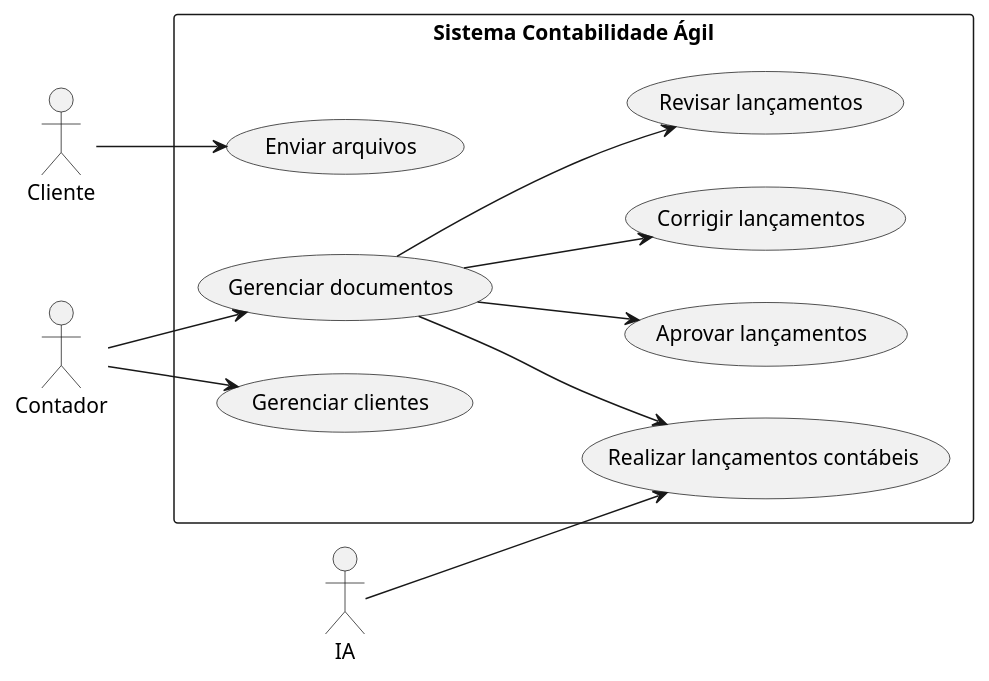
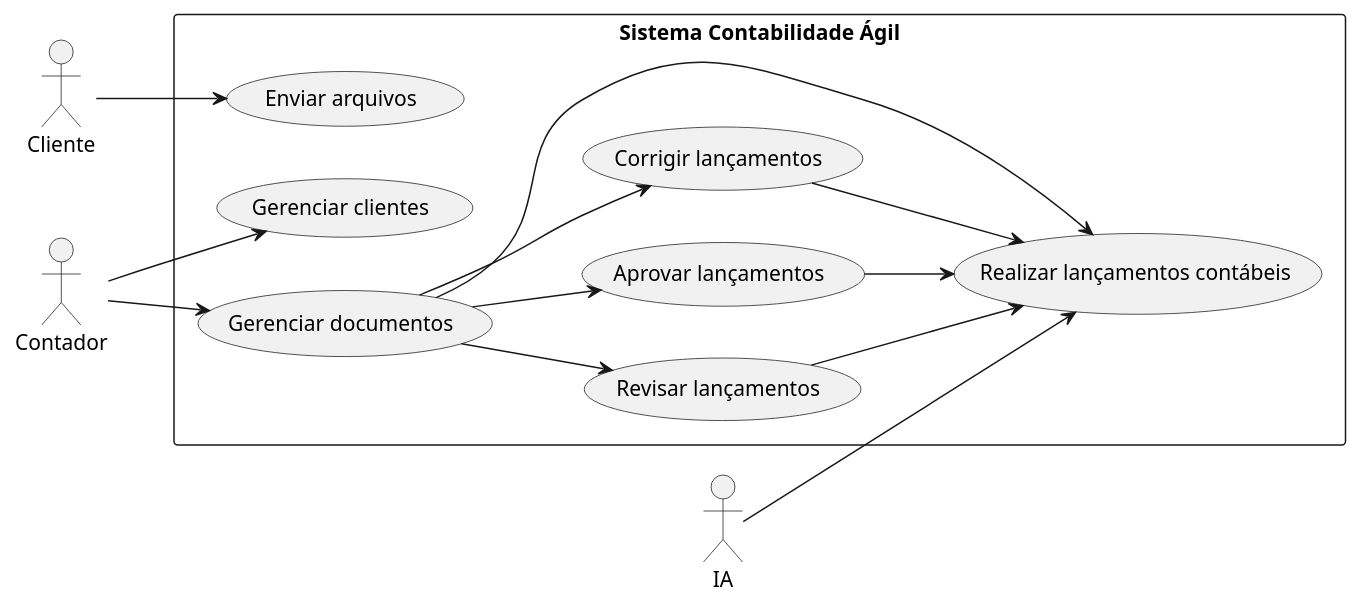
One commit to MGS-BR/eng-softII-2026 changed the diagram in Docs/arquitetura.puml. Above: the diagram before and after it, drawn with PlantUML.

Commit message:
Add relationships to Lançamentos in arquitetura.puml

```diff
--- a/Docs/arquitetura.puml
+++ b/Docs/arquitetura.puml
@@ -1,30 +1,34 @@
 @startuml
 left to right direction
 skinparam packageStyle rectangle
 
 actor Cliente
 actor Contador
 actor IA
 
 rectangle "Sistema Contabilidade Ágil" {
 
   (Enviar arquivos) as Upload
   (Gerenciar clientes) as Clientes
   (Gerenciar documentos) as ManageDocs
   (Revisar lançamentos) as Review
   (Aprovar lançamentos) as Aprove
   (Corrigir lançamentos) as toCorrect
   (Realizar lançamentos contábeis) as Lançamentos
 }
 
 Cliente --> Upload
 Contador --> Clientes
 Contador --> ManageDocs
 IA --> Lançamentos
 
 ManageDocs --> Review
 ManageDocs --> Aprove
 ManageDocs --> toCorrect
+
 ManageDocs --> Lançamentos
+Review --> Lançamentos
+Aprove --> Lançamentos
+toCorrect --> Lançamentos
 
 @enduml
```
